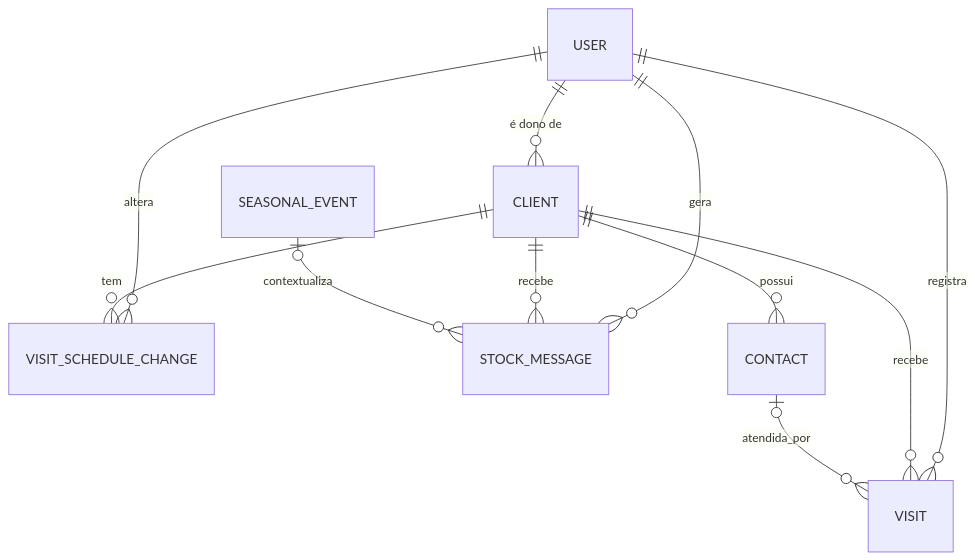
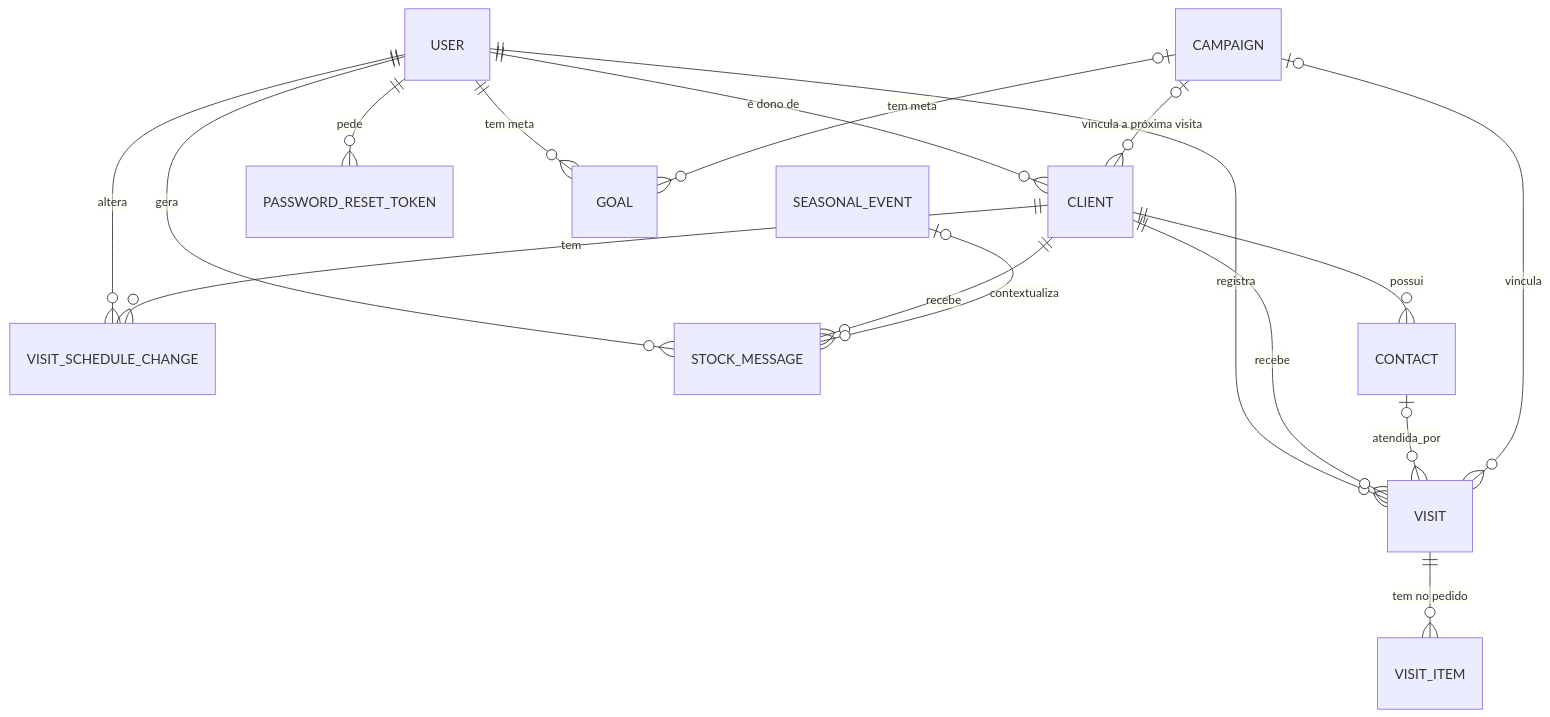
The diagram in docs/modelo-de-dados.md (dudapetzinger/CHOKOCRM), drawn with Mermaid before and after one commit. The commit also changed other lines of this file and 29 other files, not shown here.

````diff
--- a/docs/modelo-de-dados.md
+++ b/docs/modelo-de-dados.md
@@ -16,13 +16,19 @@
 ```mermaid
 erDiagram
   USER ||--o{ VISIT : registra
   USER ||--o{ VISIT_SCHEDULE_CHANGE : altera
   USER ||--o{ STOCK_MESSAGE : gera
   USER ||--o{ CLIENT : "é dono de"
   CLIENT ||--o{ CONTACT : possui
   CLIENT ||--o{ VISIT : recebe
   CLIENT ||--o{ VISIT_SCHEDULE_CHANGE : tem
   CLIENT ||--o{ STOCK_MESSAGE : recebe
   CONTACT |o--o{ VISIT : atendida_por
   SEASONAL_EVENT |o--o{ STOCK_MESSAGE : contextualiza
+  USER ||--o{ PASSWORD_RESET_TOKEN : pede
+  VISIT ||--o{ VISIT_ITEM : "tem no pedido"
+  CAMPAIGN |o--o{ VISIT : vincula
+  CAMPAIGN |o--o{ CLIENT : "vincula a próxima visita"
+  USER ||--o{ GOAL : "tem meta"
+  CAMPAIGN |o--o{ GOAL : "tem meta"
 ```
````
